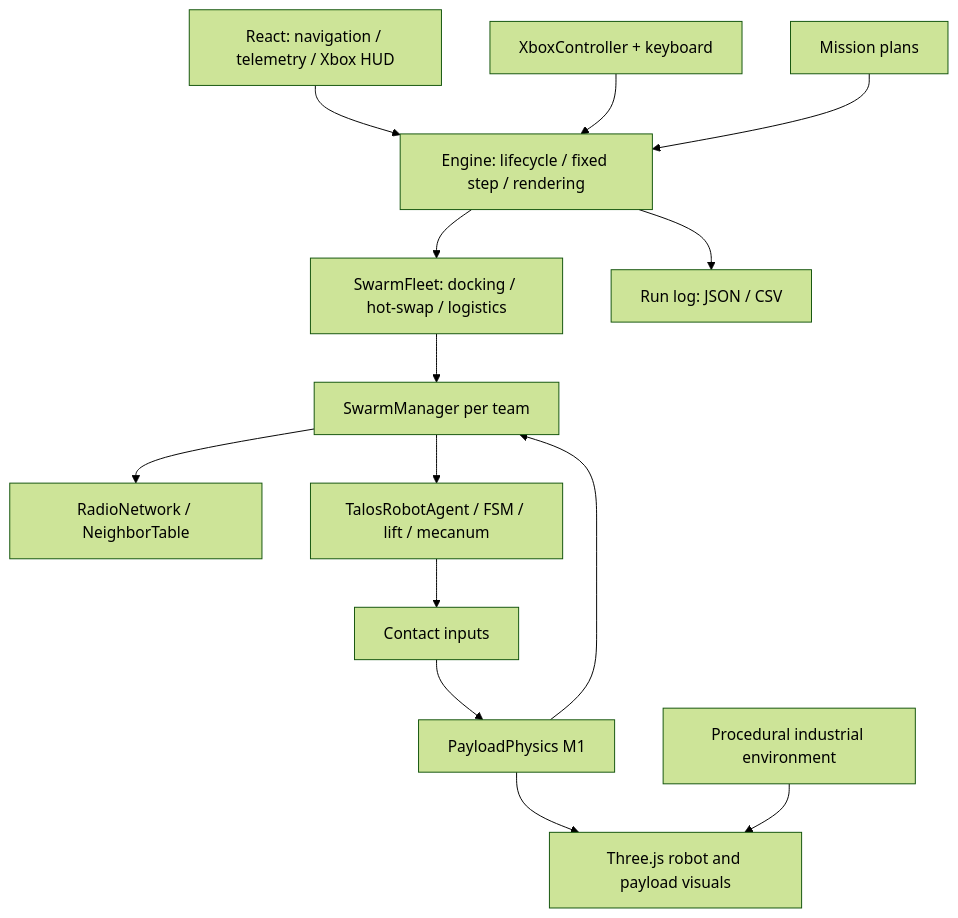
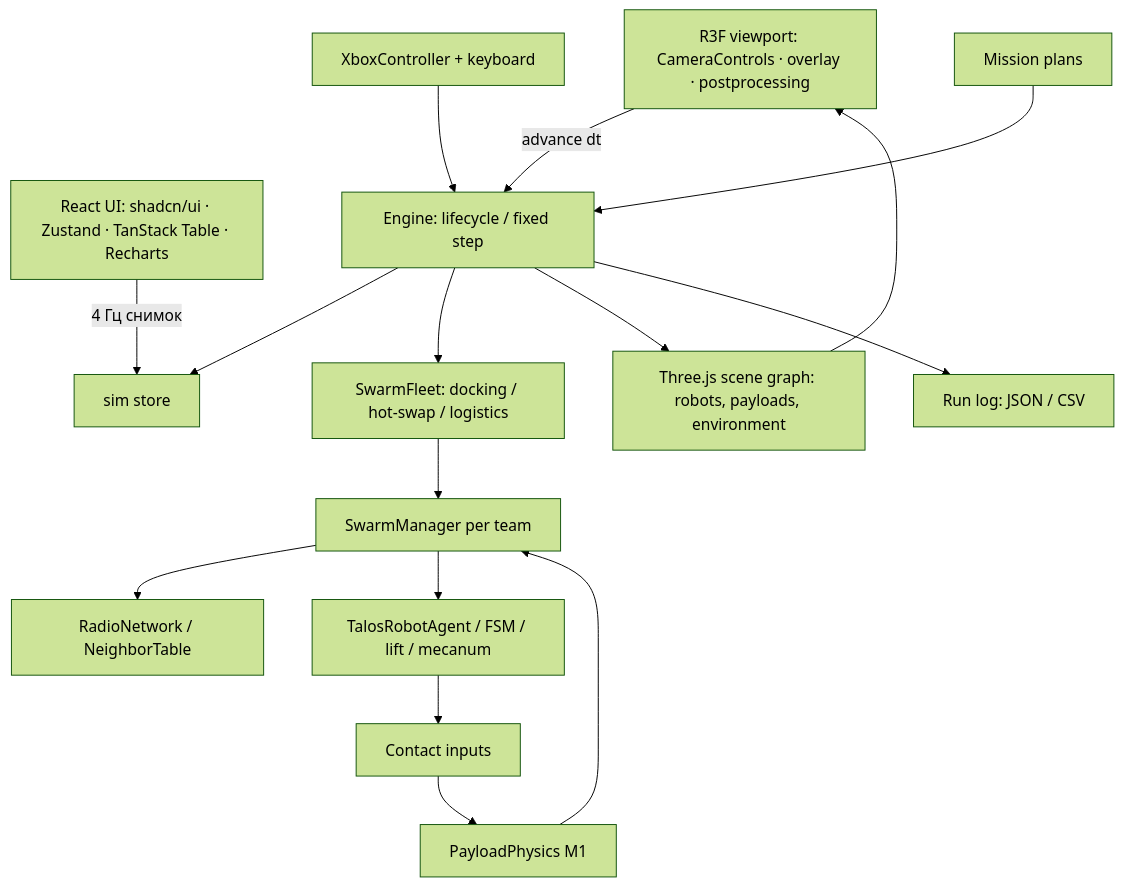
The diagram in README.md (batryzhan/talos), drawn with Mermaid (forest theme) before and after one commit. The commit also changed other lines of this file and 2 other files, not shown here.

First line of the commit message:
docs(readme): describe redesigned UI, route table and new mission screenshots

````diff
--- a/README.md
+++ b/README.md
@@ -297,16 +298,18 @@
 ```mermaid
 flowchart TD
-    UI[React: navigation / telemetry / Xbox HUD] --> ENGINE[Engine: lifecycle / fixed step / rendering]
+    UI[React UI: shadcn/ui · Zustand · TanStack Table · Recharts] -->|4 Гц снимок| SIM[sim store]
+    VIEW3D[R3F viewport: CameraControls · overlay · postprocessing] -->|advance dt| ENGINE[Engine: lifecycle / fixed step]
     INPUT[XboxController + keyboard] --> ENGINE
     MISSIONS[Mission plans] --> ENGINE
+    ENGINE --> SIM
     ENGINE --> FLEET[SwarmFleet: docking / hot-swap / logistics]
     FLEET --> MANAGER[SwarmManager per team]
     MANAGER --> NETWORK[RadioNetwork / NeighborTable]
     MANAGER --> ROBOT[TalosRobotAgent / FSM / lift / mecanum]
     ROBOT --> CONTACT[Contact inputs]
     CONTACT --> PHYSICS[PayloadPhysics M1]
     PHYSICS --> MANAGER
-    PHYSICS --> VIEW[Three.js robot and payload visuals]
-    ENV[Procedural industrial environment] --> VIEW
+    ENGINE --> SCENE[Three.js scene graph: robots, payloads, environment]
+    SCENE --> VIEW3D
     ENGINE --> LOG[Run log: JSON / CSV]
 ```
````
